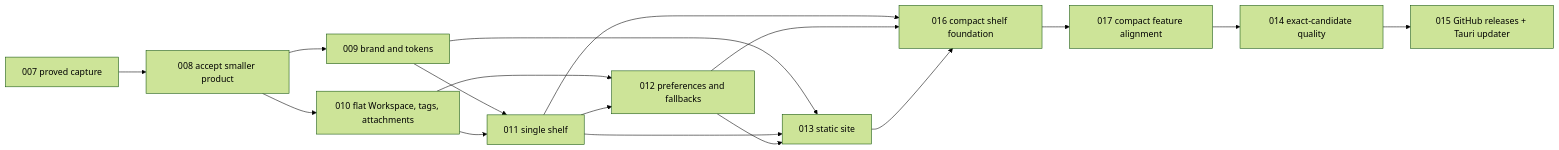
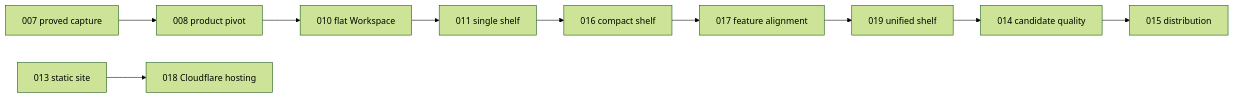
One commit to SimonHazard/Charon changed the diagram in plans/README.md. Above: the diagram before and after it, drawn with Mermaid (forest theme). The commit also changed other lines of this file and 108 other files, not shown here.

Commit message:
refactor(ui): simplify the unified note shelf

````diff
--- a/plans/README.md
+++ b/plans/README.md
@@ -119,19 +61,12 @@
 ```mermaid
 flowchart LR
-  P7["007 proved capture"] --> P8["008 accept smaller product"]
-  P8 --> P9["009 brand and tokens"]
-  P8 --> P10["010 flat Workspace, tags, attachments"]
-  P9 --> P11["011 single shelf"]
-  P10 --> P11
-  P10 --> P12["012 preferences and fallbacks"]
-  P11 --> P12
-  P9 --> P13["013 static site"]
-  P11 --> P13
-  P12 --> P13
-  P11 --> P16["016 compact shelf foundation"]
-  P12 --> P16
-  P13 --> P16
-  P16 --> P17["017 compact feature alignment"]
-  P17 --> P14["014 exact-candidate quality"]
-  P14 --> P15["015 GitHub releases + Tauri updater"]
+  P7["007 proved capture"] --> P8["008 product pivot"]
+  P8 --> P10["010 flat Workspace"]
+  P10 --> P11["011 single shelf"]
+  P11 --> P16["016 compact shelf"]
+  P16 --> P17["017 feature alignment"]
+  P17 --> P19["019 unified shelf"]
+  P19 --> P14["014 candidate quality"]
+  P14 --> P15["015 distribution"]
+  P13["013 static site"] --> P18["018 Cloudflare hosting"]
 ```
````
